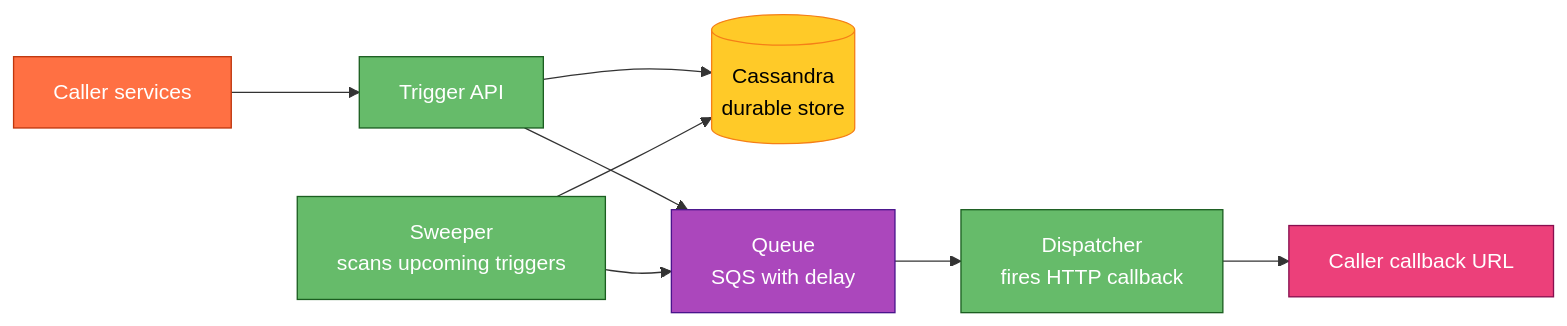
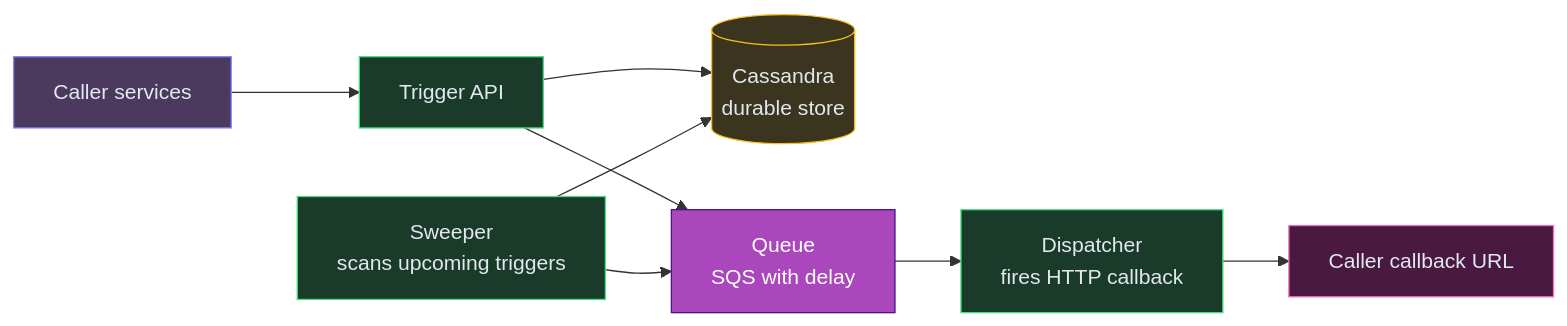
The first of 10 diagrams in content/hld/DelayedTriggerService.md (iluzn/HLD-Designs), drawn with Mermaid before and after one commit. The commit also changed 11 other files, not shown here.

Commit message:
Fix: softer mermaid colors, theme toggle always visible on mobile, consistent across all pages

````diff
--- a/content/hld/DelayedTriggerService.md
+++ b/content/hld/DelayedTriggerService.md
@@ -20,24 +20,24 @@
 ```mermaid
 flowchart LR
     CALLER["Caller services"]:::client
     API["Trigger API"]:::service
     DB[("Cassandra<br/>durable store")]:::data
     SWEEPER["Sweeper<br/>scans upcoming triggers"]:::service
     SQS["Queue<br/>SQS with delay"]:::async
     DISP["Dispatcher<br/>fires HTTP callback"]:::service
     TARGET["Caller callback URL"]:::external
 
     CALLER --> API
     API --> DB
     API --> SQS
     SWEEPER --> DB
     SWEEPER --> SQS
     SQS --> DISP
     DISP --> TARGET
 
-    classDef client fill:#FF7043,stroke:#BF360C,color:#fff
-    classDef service fill:#66BB6A,stroke:#1B5E20,color:#fff
+    classDef client fill:#4c3a5e,stroke:#818cf8,color:#e2e8f0
+    classDef service fill:#1a3a2a,stroke:#4ade80,color:#e2e8f0
     classDef async fill:#AB47BC,stroke:#4A148C,color:#fff
-    classDef data fill:#FFCA28,stroke:#F57F17,color:#000
-    classDef external fill:#EC407A,stroke:#880E4F,color:#fff
+    classDef data fill:#3b3520,stroke:#fbbf24,color:#e2e8f0
+    classDef external fill:#4a1942,stroke:#f472b6,color:#e2e8f0
 ```
````
